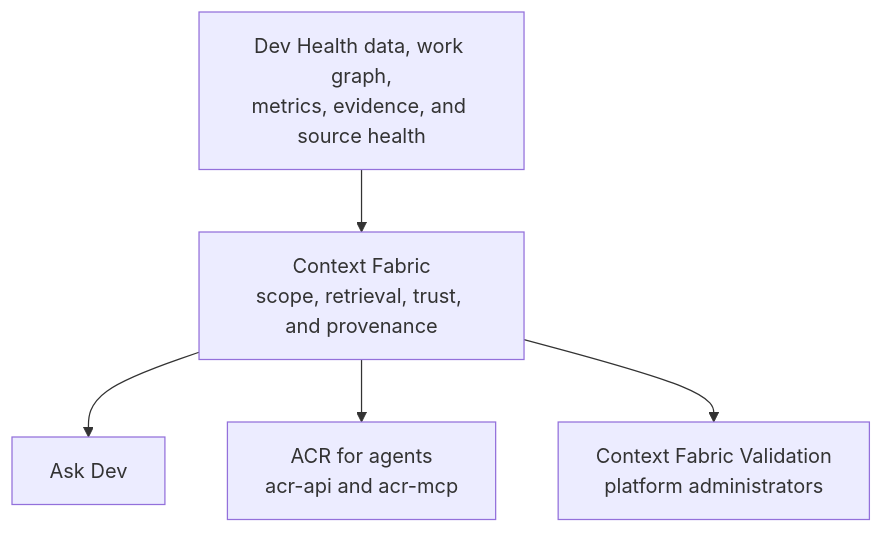
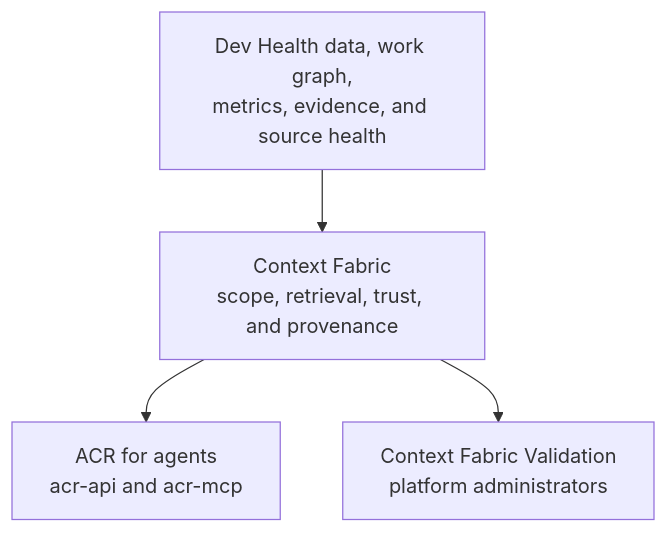
The diagram in docs/use/ai-workflows/index.md (full-chaos/dev-health-ops), drawn with Mermaid before and after one commit. The commit also changed other lines of this file and 18 other files, not shown here.

Commit message:
docs(web-ui): CHAOS-9289 retire Investment Expense, rewrite PR Flow to the Flow tab, drop Ask Dev UI text

````diff
--- a/docs/use/ai-workflows/index.md
+++ b/docs/use/ai-workflows/index.md
@@ -80,7 +79,6 @@
 ```mermaid
 flowchart TB
     DH["Dev Health data, work graph,<br/>metrics, evidence, and source health"] --> CF["Context Fabric<br/>scope, retrieval, trust, and provenance"]
-    CF --> ASK["Ask Dev"]
     CF --> ACR["ACR for agents<br/>acr-api and acr-mcp"]
     CF --> VAL["Context Fabric Validation<br/>platform administrators"]
 ```
````
